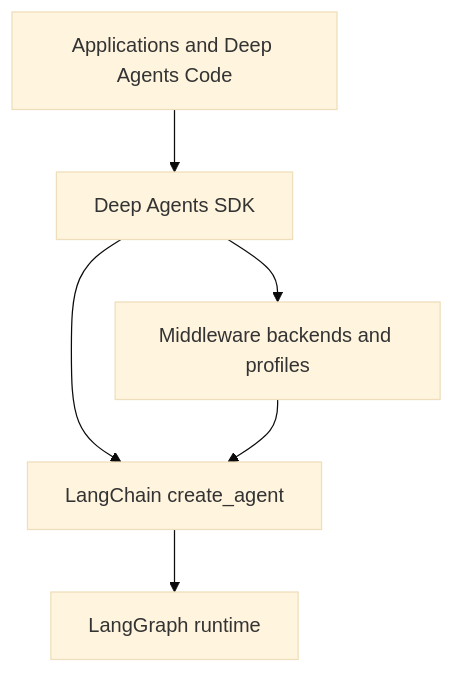
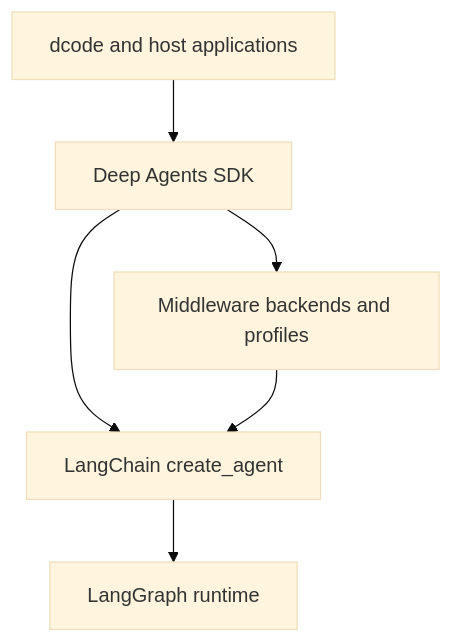
One commit to jkennedyvz/deepagents changed the first of 2 diagrams in openwiki/architecture/overview.md. Above: the diagram before and after it, drawn with Mermaid (base theme). The commit also changed other lines of this file and 63 other files, not shown here.

````diff
--- a/openwiki/architecture/overview.md
+++ b/openwiki/architecture/overview.md
@@ -42,8 +53,8 @@
 ```mermaid
 flowchart TD
-  Product["Applications and Deep Agents Code"] --> SDK["Deep Agents SDK"]
+  Product["dcode and host applications"] --> SDK["Deep Agents SDK"]
   SDK --> Agent["LangChain create_agent"]
   Agent --> Runtime["LangGraph runtime"]
   SDK --> Harness["Middleware backends and profiles"]
   Harness --> Agent
 ```
````
